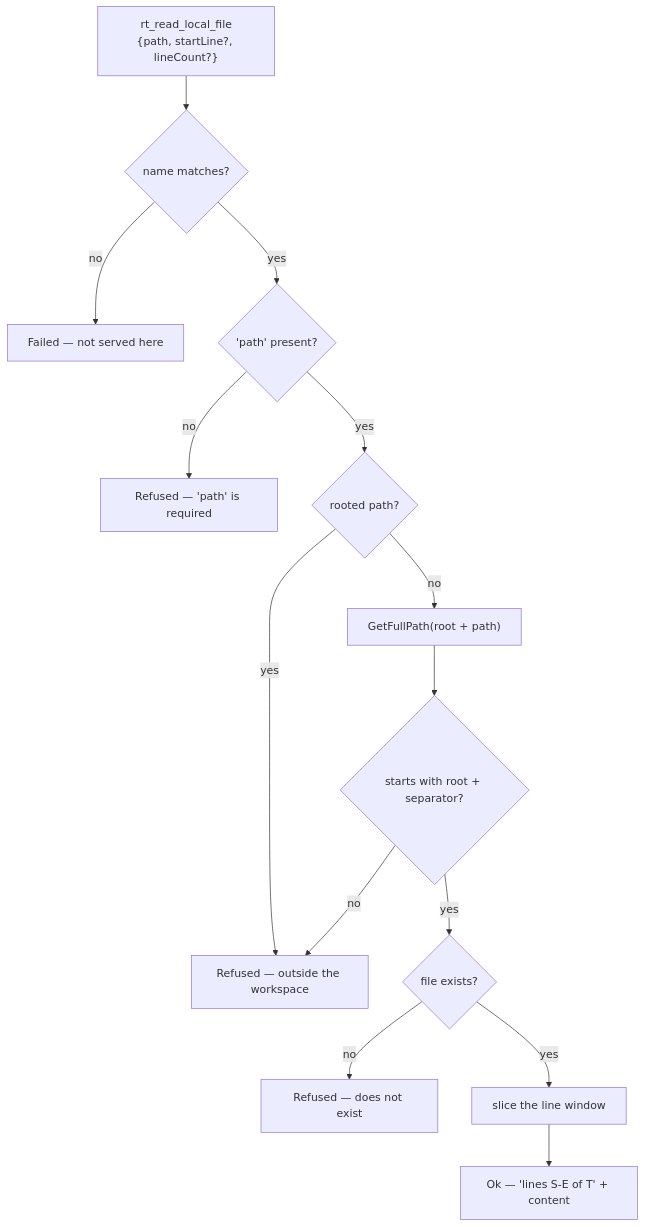
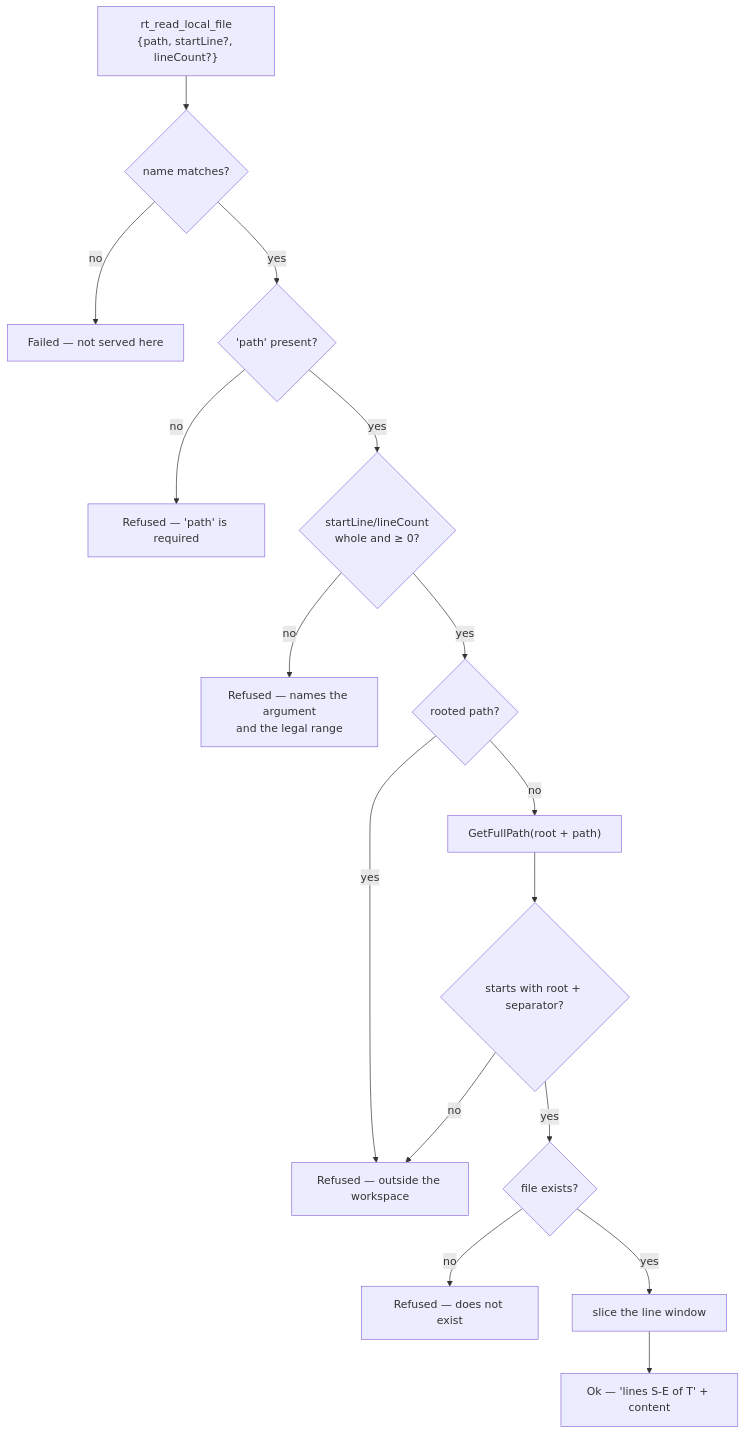
The diagram in research/module_workspace_tools.md (oleksandrdubyna88/dew_flow_mcp), drawn with Mermaid before and after one commit. The commit also changed other lines of this file and 20 other files, not shown here.

````diff
--- a/research/module_workspace_tools.md
+++ b/research/module_workspace_tools.md
@@ -17,16 +17,18 @@
 ```mermaid
 flowchart TD
     CALL["rt_read_local_file<br/>{path, startLine?, lineCount?}"] --> NAME{"name matches?"}
     NAME -->|no| WRONG["Failed — not served here"]
     NAME -->|yes| PATH{"'path' present?"}
     PATH -->|no| MISSING["Refused — 'path' is required"]
-    PATH -->|yes| ROOTED{"rooted path?"}
+    PATH -->|yes| NUMBERS{"startLine/lineCount<br/>whole and ≥ 0?"}
+    NUMBERS -->|no| RANGE["Refused — names the argument<br/>and the legal range"]
+    NUMBERS -->|yes| ROOTED{"rooted path?"}
     ROOTED -->|yes| OUT["Refused — outside the workspace"]
     ROOTED -->|no| RESOLVE["GetFullPath(root + path)"]
     RESOLVE --> INSIDE{"starts with root + separator?"}
     INSIDE -->|no| OUT
     INSIDE -->|yes| EXISTS{"file exists?"}
     EXISTS -->|no| ABSENT["Refused — does not exist"]
     EXISTS -->|yes| WINDOW["slice the line window"]
     WINDOW --> OK["Ok — 'lines S-E of T' + content"]
 ```
````
